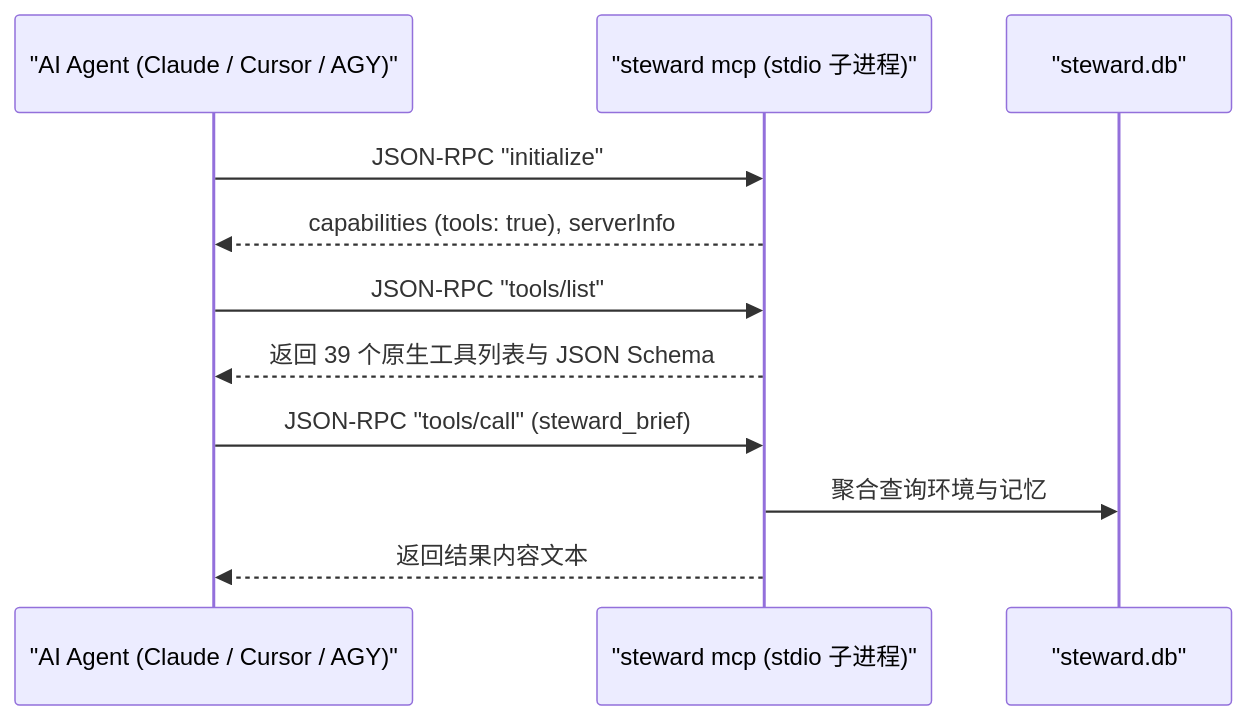
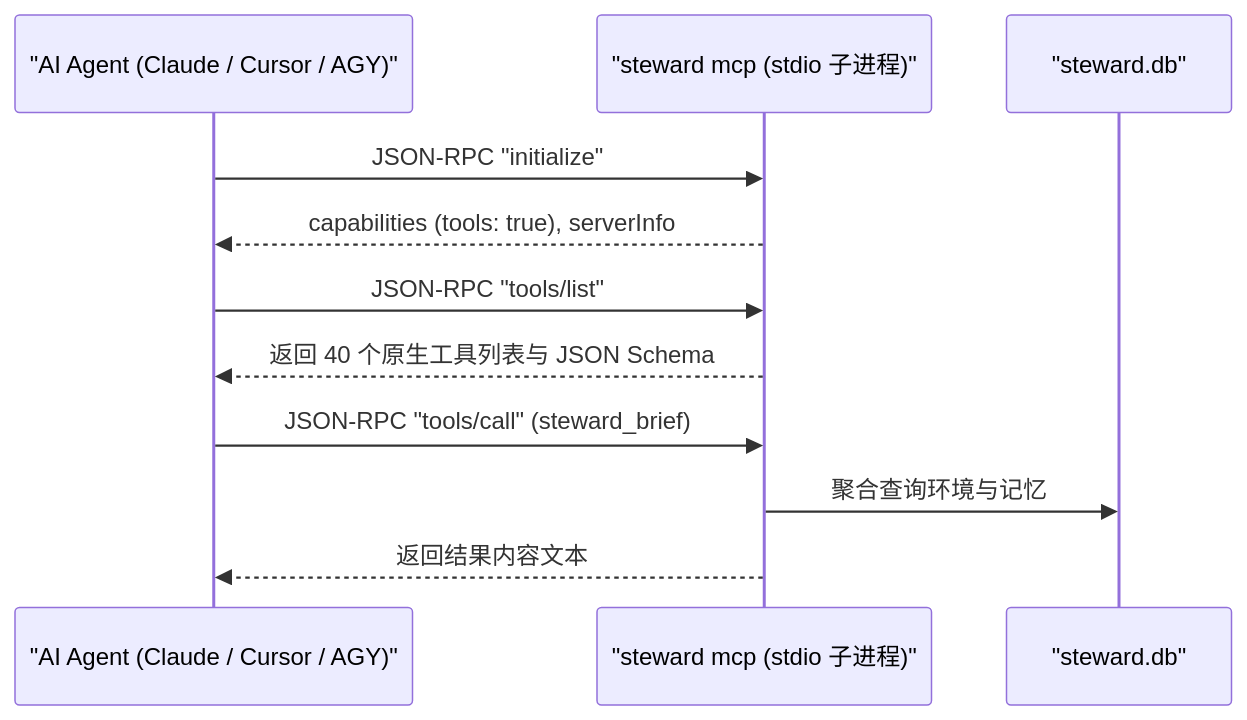
Before and after one commit to digoal/agent-body: the diagram in manual/04-mcp-integration.md, drawn with Mermaid. The commit also changed other lines of this file and 25 other files, not shown here.

````diff
--- a/manual/04-mcp-integration.md
+++ b/manual/04-mcp-integration.md
@@ -11,14 +11,14 @@
 ```mermaid
 sequenceDiagram
     participant Agent as "AI Agent (Claude / Cursor / AGY)"
     participant Steward as "steward mcp (stdio 子进程)"
     participant SQLite as "steward.db"
 
     Agent->>Steward: JSON-RPC "initialize"
     Steward-->>Agent: capabilities (tools: true), serverInfo
     Agent->>Steward: JSON-RPC "tools/list"
-    Steward-->>Agent: 返回 39 个原生工具列表与 JSON Schema
+    Steward-->>Agent: 返回 40 个原生工具列表与 JSON Schema
     Agent->>Steward: JSON-RPC "tools/call" (steward_brief)
     Steward->>SQLite: 聚合查询环境与记忆
     Steward-->>Agent: 返回结果内容文本
 ```
````
